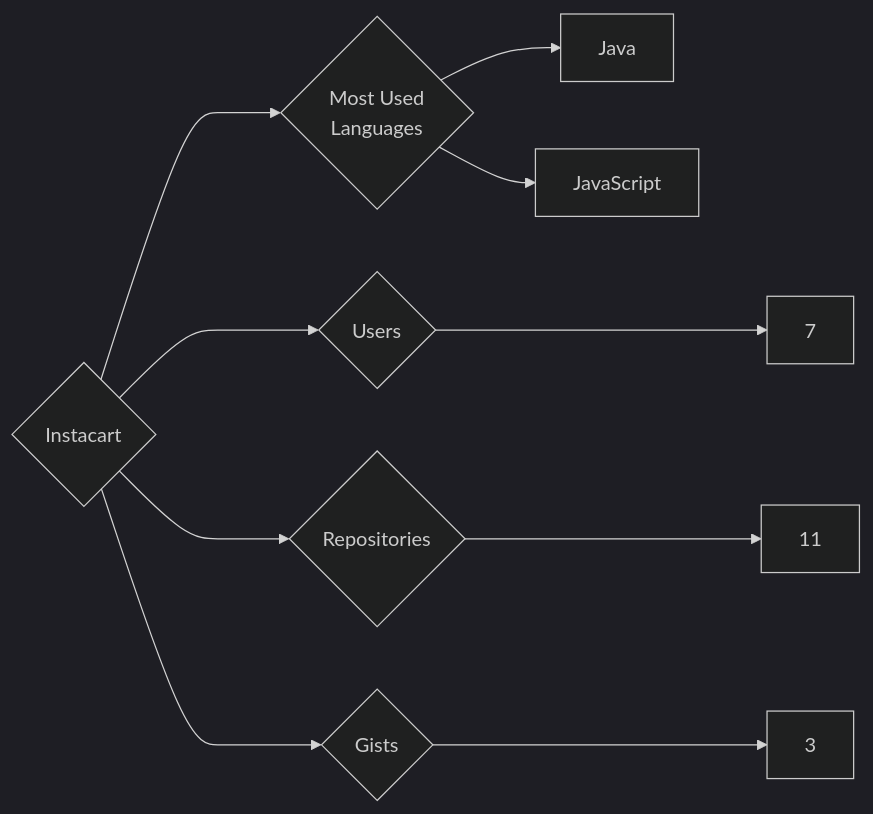
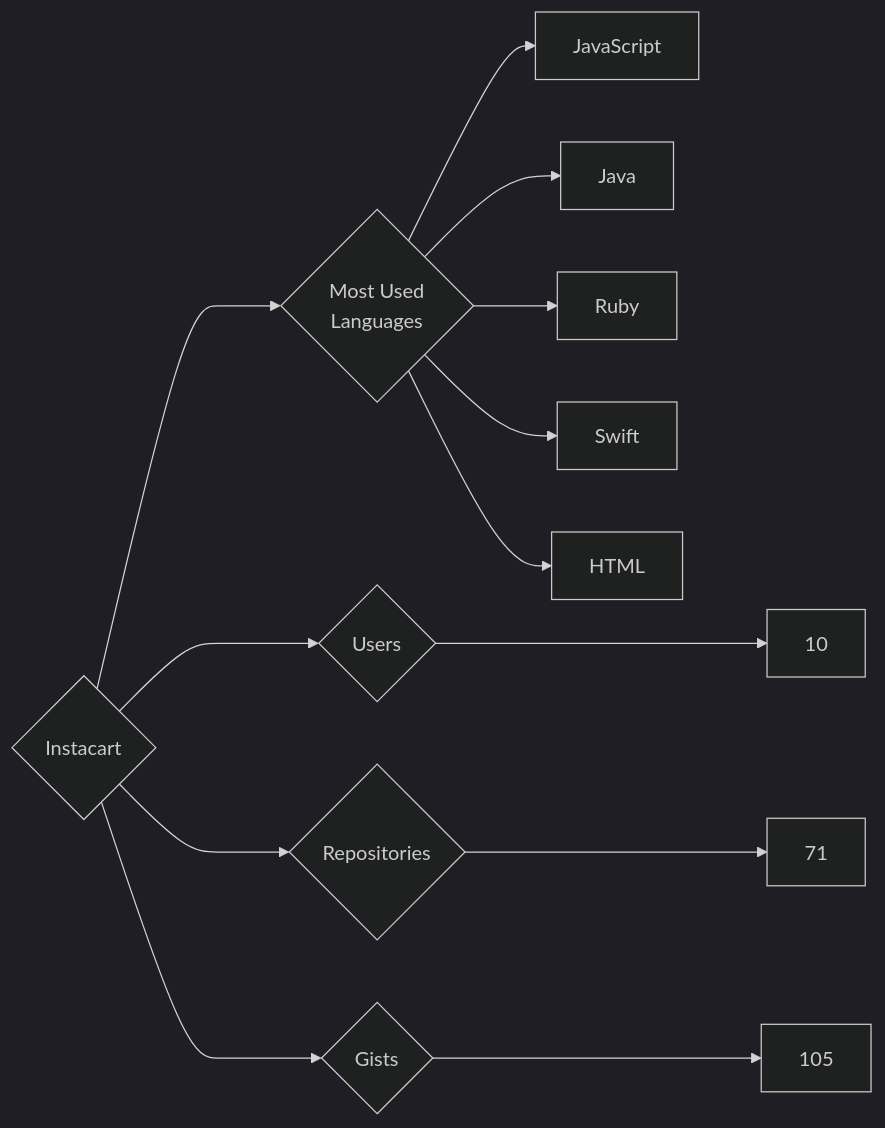
Before and after one commit to trickest/insiders: the diagram in targets/Instacart/README.md, drawn with Mermaid (dark theme). The commit also changed 857 other files, not shown here.

````diff
--- a/targets/Instacart/README.md
+++ b/targets/Instacart/README.md
@@ -3,10 +3,13 @@
 ```mermaid
 graph LR
 COMPANY_NAME{Instacart}
-COMPANY_NAME ---> U{Users} ---> UN[7]
-COMPANY_NAME ---> R{Repositories} ---> RN[11]
-COMPANY_NAME ---> G{Gists} ---> GN[3]
+COMPANY_NAME ---> U{Users} ---> UN[10]
+COMPANY_NAME ---> R{Repositories} ---> RN[71]
+COMPANY_NAME ---> G{Gists} ---> GN[105]
 COMPANY_NAME ---> ML{Most Used<br>Languages}
+ML --> JavaScript[JavaScript]
 ML --> Java[Java]
-ML --> JavaScript[JavaScript]
+ML --> Ruby[Ruby]
+ML --> Swift[Swift]
+ML --> HTML[HTML]
 ```
````
